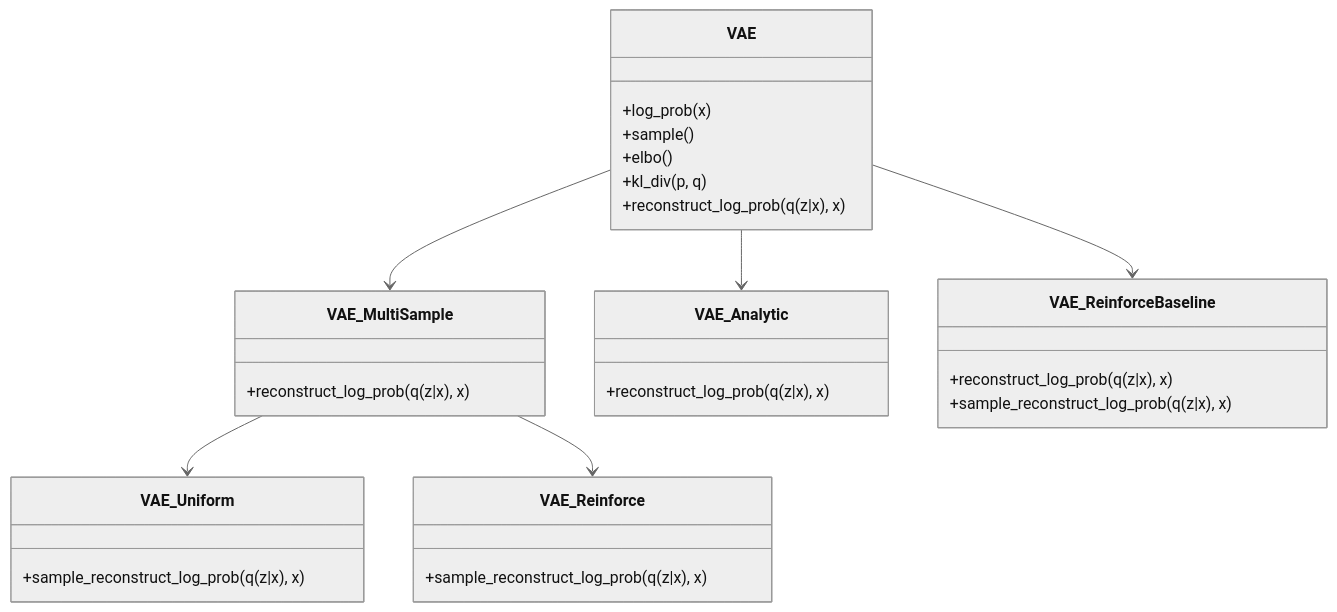
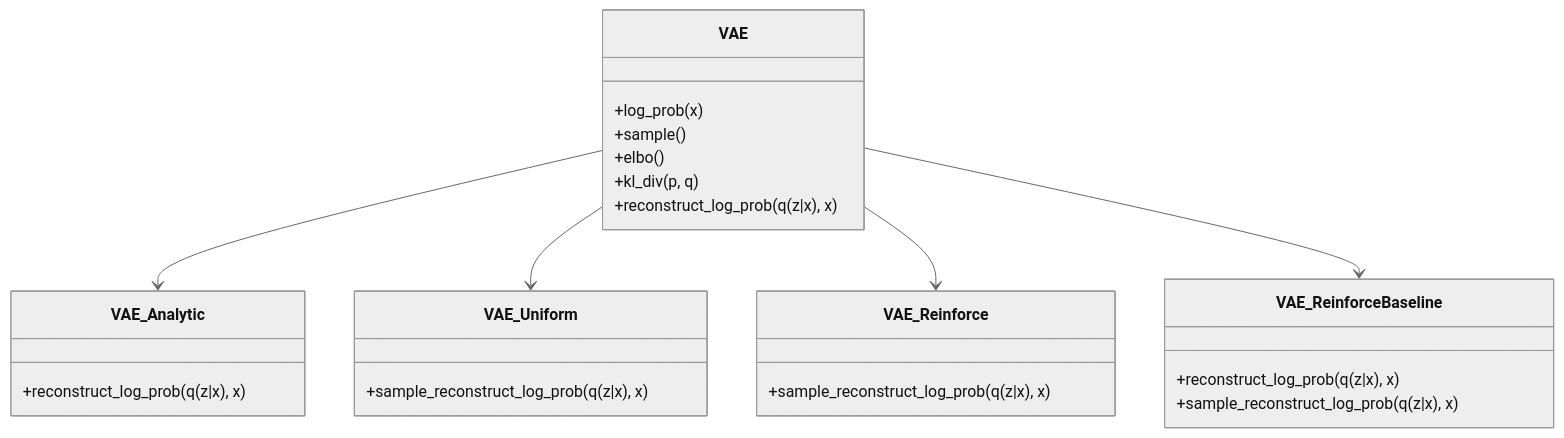
The diagram in documentation/discrete_vae_software.md (jfrancis71/pygen_models), drawn with Mermaid (neutral theme) before and after one commit.

````diff
--- a/documentation/discrete_vae_software.md
+++ b/documentation/discrete_vae_software.md
@@ -1,31 +1,27 @@
 ```mermaid
 classDiagram
     class VAE{
         +log_prob(x)
         +sample()
         +elbo()
         +kl_div(p, q)
-        +reconstruct_log_prob(q(z|x), x)
-    }
-    class VAE_MultiSample{
         +reconstruct_log_prob(q(z|x), x)
     }
     class VAE_Analytic{
         +reconstruct_log_prob(q(z|x), x)
     }
     class VAE_Uniform{
         +sample_reconstruct_log_prob(q(z|x), x)
     }
     class VAE_Reinforce{
         +sample_reconstruct_log_prob(q(z|x), x)
     }
     class VAE_ReinforceBaseline{
         +reconstruct_log_prob(q(z|x), x)
         +sample_reconstruct_log_prob(q(z|x), x)
     }
     VAE --> VAE_Analytic
-    VAE --> VAE_MultiSample
-    VAE_MultiSample --> VAE_Uniform
-    VAE_MultiSample --> VAE_Reinforce
+    VAE --> VAE_Uniform
+    VAE --> VAE_Reinforce
     VAE --> VAE_ReinforceBaseline
 ```
````
